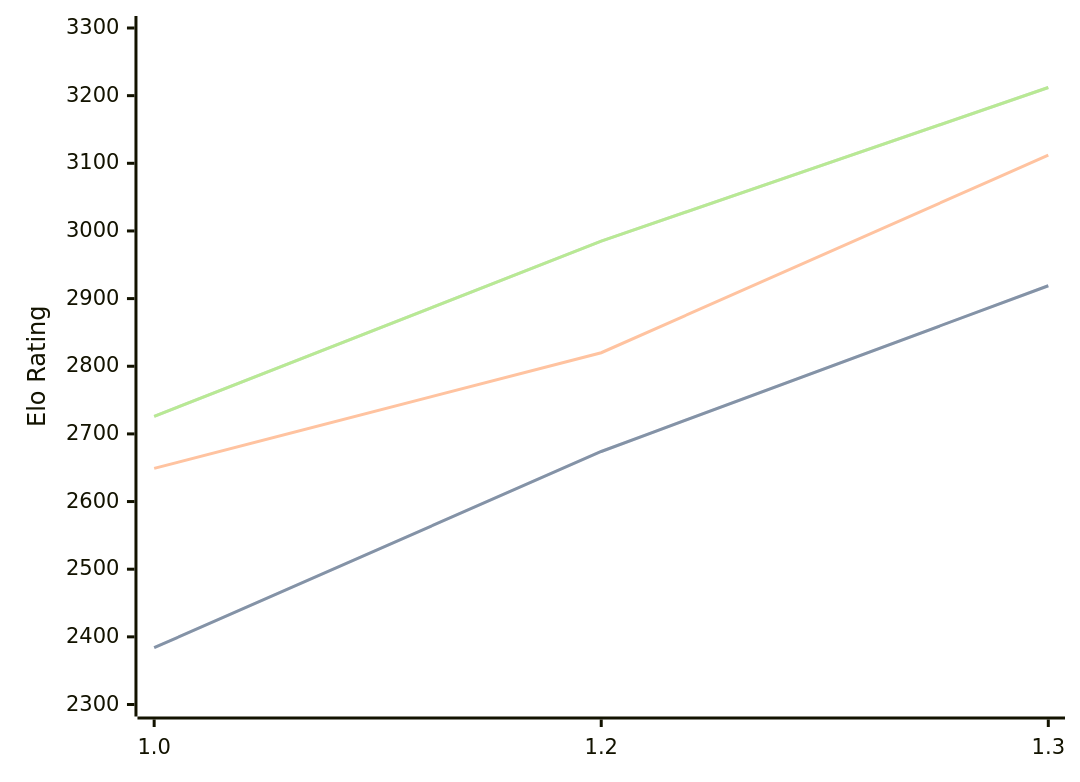
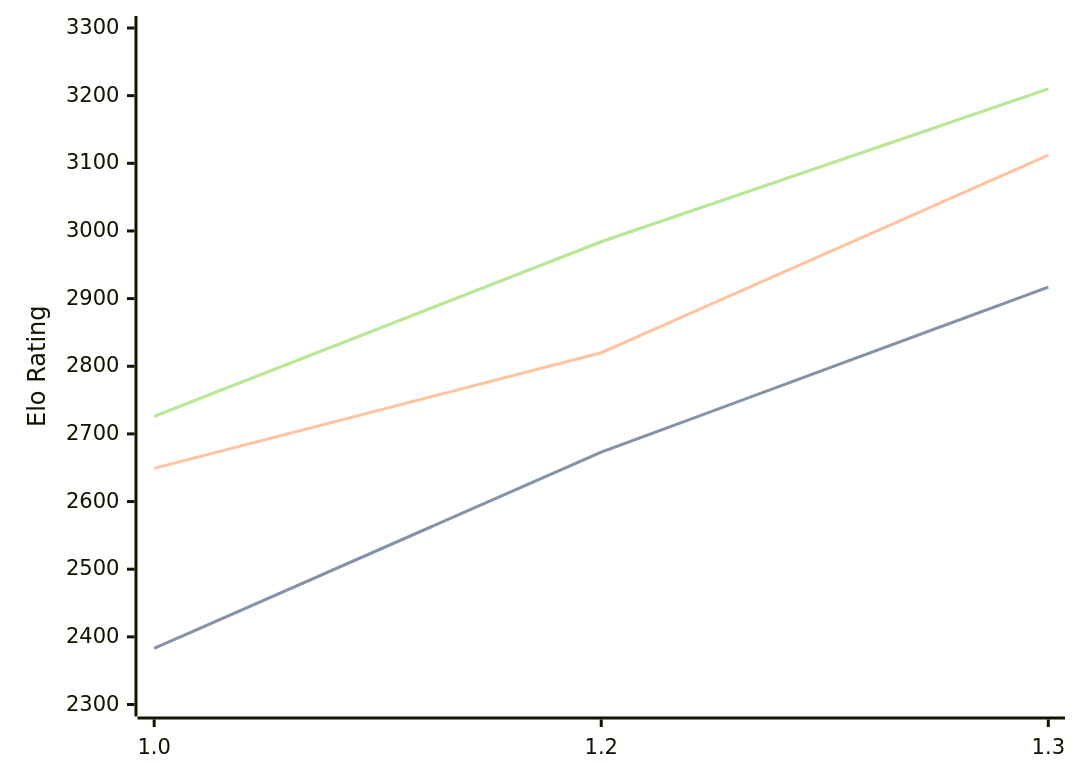
Before and after one commit to computer-chess-index/cci: the diagram in engines/Chessnix.md, drawn with Mermaid. The commit also changed other lines of this file, not shown here.

Commit message:
Update CCI Ratings (ELO VLTC) - 2026-03-04

````diff
--- a/engines/Chessnix.md
+++ b/engines/Chessnix.md
@@ -33,11 +33,11 @@
 ```mermaid
 %%{init: {"theme":"base","themeVariables":{"seriesColors:['#a3a3a3','#222221','#faa371']}}}%%
 xychart-beta
   x-axis ["1.0", "1.2", "1.3"]
   y-axis "Elo Rating" 2300 --> 3300
-  line "STC (8.0+0.08s)" [2384, 2674, 2919]
-  line "STC (8.0+0.08s)" [2384, 2674, 2919]
+  line "STC (8.0+0.08s)" [2383, 2673, 2917]
+  line "STC (8.0+0.08s)" [2383, 2673, 2917]
   line "LTC (60.0+0.60s)" [2649, 2820, 3112]
-  line "VLTC (2m24s+1.12s)" [2726, 2985, 3212]
-  line "VLTC (2m24s+1.12s)" [2726, 2985, 3212]
+  line "VLTC (2m24s+1.12s)" [2726, 2984, 3210]
+  line "VLTC (2m24s+1.12s)" [2726, 2984, 3210]
 ```
````
